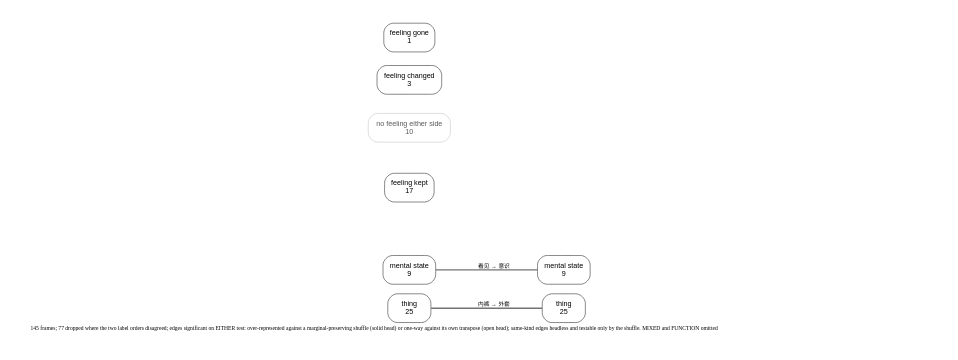
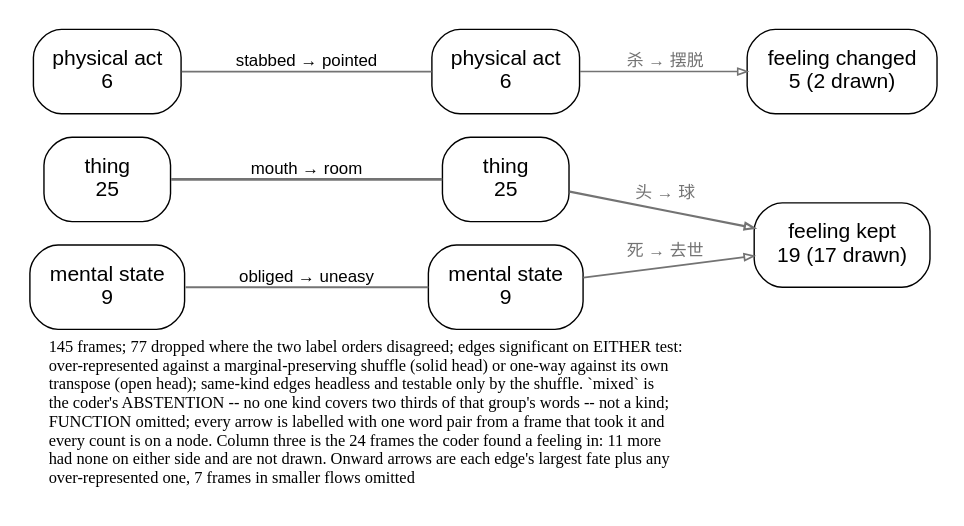
One commit to quadrismegistus/malignment changed the diagram in experiments/displacement/freudian_hypothesis/results/kind_flow_zh_either.dot. Above: the diagram before and after it, drawn with Graphviz. The commit also changed 12 other files, not shown here.

```diff
--- a/experiments/displacement/freudian_hypothesis/results/kind_flow_zh_either.dot
+++ b/experiments/displacement/freudian_hypothesis/results/kind_flow_zh_either.dot
@@ -1,25 +1,29 @@
 digraph kindflow {
   rankdir=LR; splines=true; overlap=false;
-  size="4.8,5.52!"; ratio=compress;
-  bgcolor="white"; nodesep=0.14; ranksep=0.95;
+  size="4.8,5.52";
+  bgcolor="white"; nodesep=0.14; ranksep=0.50;
   node [shape=box style="rounded" fontname="Helvetica" fontsize=9 color="black" fontcolor="black" margin="0.06,0.035" penwidth=0.6];
   edge [fontname="Helvetica" fontsize=7.2 color="#4d4d4d" penwidth=0.75 arrowsize=0.5];
   { rank=same;
     "B_THING" [label="thing\n25"];
     "B_MENTAL_STATE" [label="mental state\n9"];
+    "B_PHYSICAL_ACT" [label="physical act\n6"];
   }
   { rank=same;
     "A_THING" [label="thing\n25"];
     "A_MENTAL_STATE" [label="mental state\n9"];
+    "A_PHYSICAL_ACT" [label="physical act\n6"];
   }
   { rank=same;
-    "F_KEPT" [label="feeling kept\n17"];
-    "F_NONE" [label="no feeling either side\n10" penwidth=0.35 color="#8c8c8c" fontcolor="#595959"];
-    "F_RECOLORED" [label="feeling changed\n3"];
-    "F_GONE" [label="feeling gone\n1"];
+  "F_KEPT" [label="feeling kept\n19 (17 drawn)"];
+  "F_RECOLORED" [label="feeling changed\n5 (2 drawn)"];
   }
-  "B_THING" -> "A_THING" [label="内裤 → 外套" arrowhead=none color="#737373" penwidth=1.81];
-  "B_MENTAL_STATE" -> "A_MENTAL_STATE" [label="看见 → 意识" arrowhead=none color="#737373" penwidth=1.43];
+  "B_THING" -> "A_THING" [label="mouth → room" arrowhead=none color="#737373" penwidth=1.09];
+  "B_MENTAL_STATE" -> "A_MENTAL_STATE" [label="obliged → uneasy" arrowhead=none color="#737373" penwidth=0.85];
+  "B_PHYSICAL_ACT" -> "A_PHYSICAL_ACT" [label="stabbed → pointed" arrowhead=none color="#737373" penwidth=0.79];
+  "A_THING" -> "F_KEPT" [label="头 → 球" color="#737373" fontcolor="#737373" penwidth=0.93 arrowsize=0.4 arrowhead=onormal];
+  "A_MENTAL_STATE" -> "F_KEPT" [label="死 → 去世" color="#737373" fontcolor="#737373" penwidth=0.74 arrowsize=0.4 arrowhead=onormal];
+  "A_PHYSICAL_ACT" -> "F_RECOLORED" [label="杀 → 摆脱" color="#737373" fontcolor="#737373" penwidth=0.67 arrowsize=0.4 arrowhead=onormal];
   labelloc="b"; labeljust="l";
-  label=<<font point-size="7.65">145 frames; 77 dropped where the two label orders disagreed; edges significant on EITHER test: over-represented against a marginal-preserving shuffle (solid head) or one-way against its own transpose (open head); same-kind edges headless and testable only by the shuffle. MIXED and FUNCTION omitted</font>>;
+  label=<<font point-size="7.65">145 frames; 77 dropped where the two label orders disagreed; edges significant on EITHER test:<br align="left"/>over-represented against a marginal-preserving shuffle (solid head) or one-way against its own<br align="left"/>transpose (open head); same-kind edges headless and testable only by the shuffle. `mixed` is<br align="left"/>the coder's ABSTENTION -- no one kind covers two thirds of that group's words -- not a kind;<br align="left"/>FUNCTION omitted; every arrow is labelled with one word pair from a frame that took it and<br align="left"/>every count is on a node. Column three is the 24 frames the coder found a feeling in: 11 more<br align="left"/>had none on either side and are not drawn. Onward arrows are each edge's largest fate plus any<br align="left"/>over-represented one, 7 frames in smaller flows omitted<br align="left"/></font>>;
 }
```
